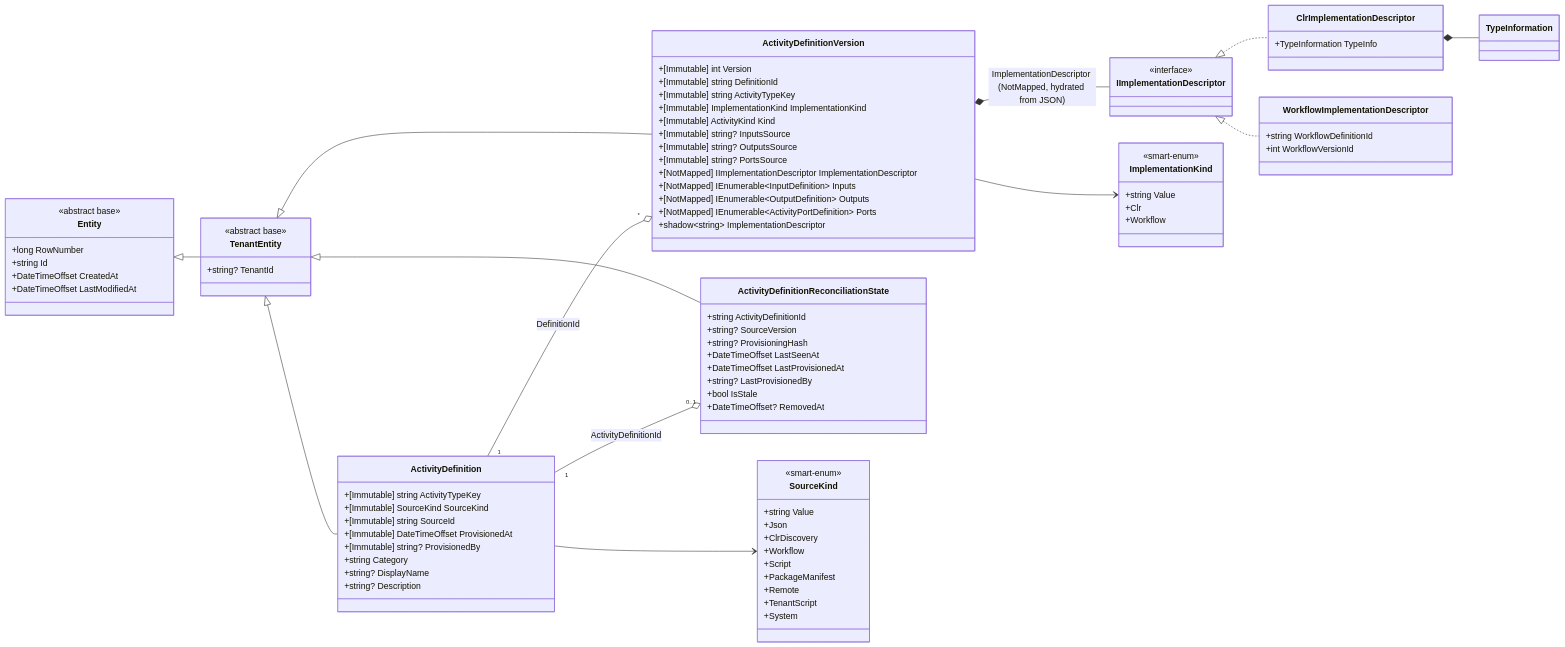
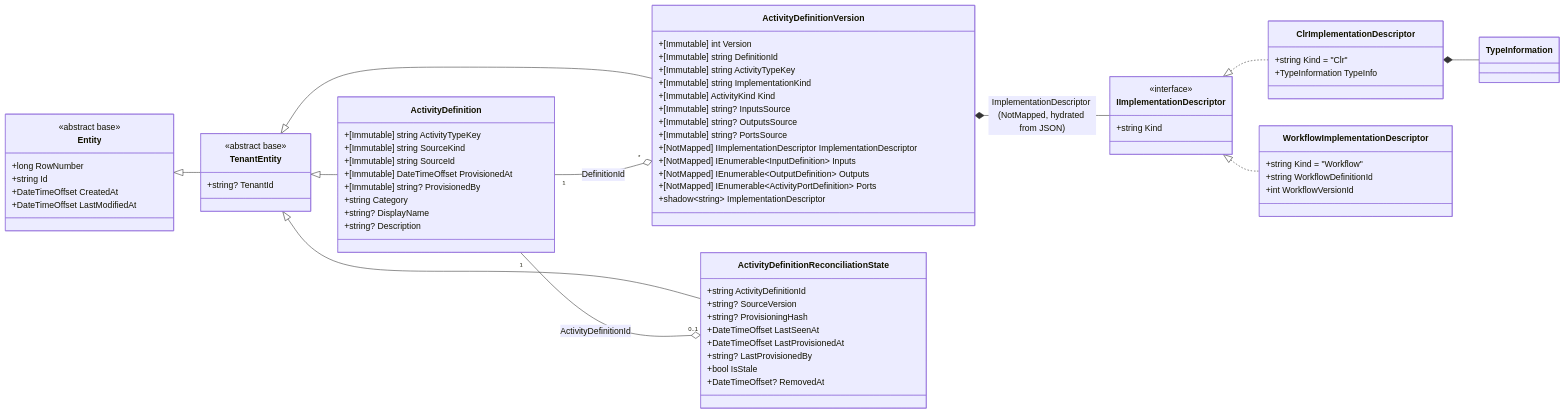
One commit to elsa-workflows/elsa-foundation changed the diagram in specs/001-activity-identity-catalog/data-model.md. Above: the diagram before and after it, drawn with Mermaid. The commit also changed other lines of this file and 137 other files, not shown here.

````diff
--- a/specs/001-activity-identity-catalog/data-model.md
+++ b/specs/001-activity-identity-catalog/data-model.md
@@ -23,7 +23,7 @@
 
     class ActivityDefinition {
         +[Immutable] string ActivityTypeKey
-        +[Immutable] SourceKind SourceKind
+        +[Immutable] string SourceKind
         +[Immutable] string SourceId
         +[Immutable] DateTimeOffset ProvisionedAt
         +[Immutable] string? ProvisionedBy
@@ -36,7 +36,7 @@
         +[Immutable] int Version
         +[Immutable] string DefinitionId
         +[Immutable] string ActivityTypeKey
-        +[Immutable] ImplementationKind ImplementationKind
+        +[Immutable] string ImplementationKind
         +[Immutable] ActivityKind Kind
         +[Immutable] string? InputsSource
         +[Immutable] string? OutputsSource
@@ -61,35 +61,18 @@
 
     class IImplementationDescriptor {
         <<interface>>
+        +string Kind
     }
 
     class ClrImplementationDescriptor {
+        +string Kind = "Clr"
         +TypeInformation TypeInfo
     }
 
     class WorkflowImplementationDescriptor {
+        +string Kind = "Workflow"
         +string WorkflowDefinitionId
         +int WorkflowVersionId
-    }
-
-    class ImplementationKind {
-        <<smart-enum>>
-        +string Value
-        +Clr
-        +Workflow
-    }
-
-    class SourceKind {
-        <<smart-enum>>
-        +string Value
-        +Json
-        +ClrDiscovery
-        +Workflow
-        +Script
-        +PackageManifest
-        +Remote
-        +TenantScript
-        +System
     }
 
     Entity <|-- TenantEntity
@@ -105,6 +88,4 @@
 
     ActivityDefinitionVersion *-- IImplementationDescriptor : ImplementationDescriptor (NotMapped, hydrated from JSON)
     ClrImplementationDescriptor *-- TypeInformation
-    ActivityDefinitionVersion --> ImplementationKind
-    ActivityDefinition --> SourceKind
 ```
````
